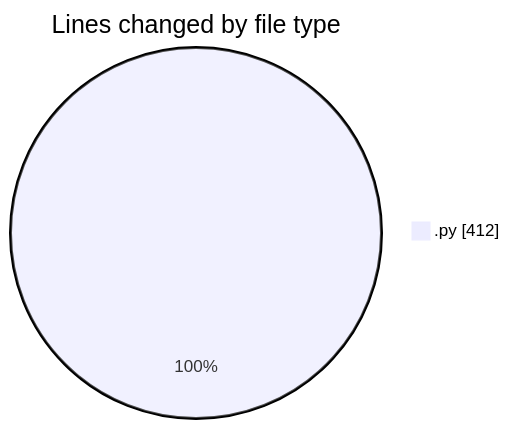
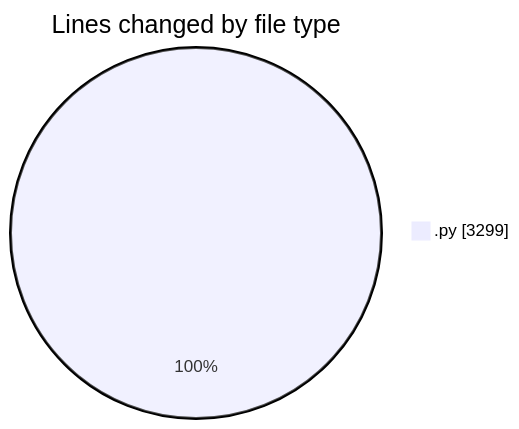
The first of 2 diagrams in 2025-11-14/eventscop-api-guide__workspace_/README.md (julien-gomy/code-tracking), drawn with Mermaid before and after one commit. The commit also changed other lines of this file and 1 other file, not shown here.

````diff
--- a/2025-11-14/eventscop-api-guide__workspace_/README.md
+++ b/2025-11-14/eventscop-api-guide__workspace_/README.md
@@ -23,5 +24,5 @@
 ```mermaid
 pie showData
 title Lines changed by file type
-".py" : 412
+".py" : 3299
 ```
````
